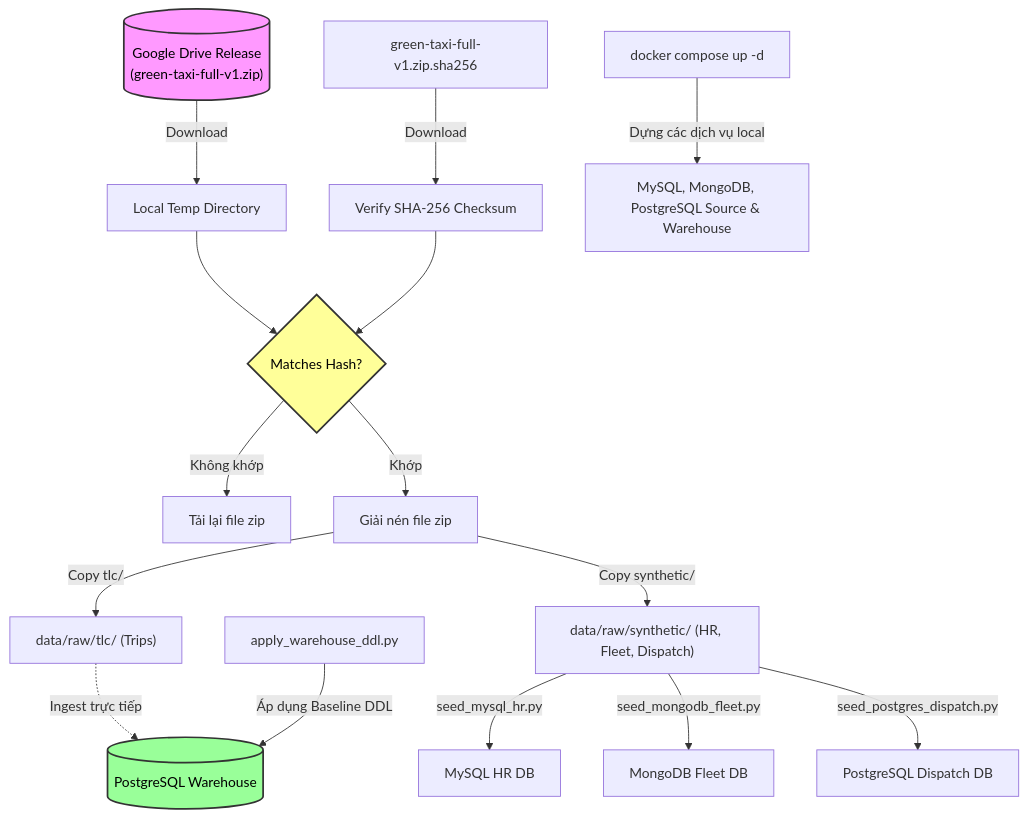
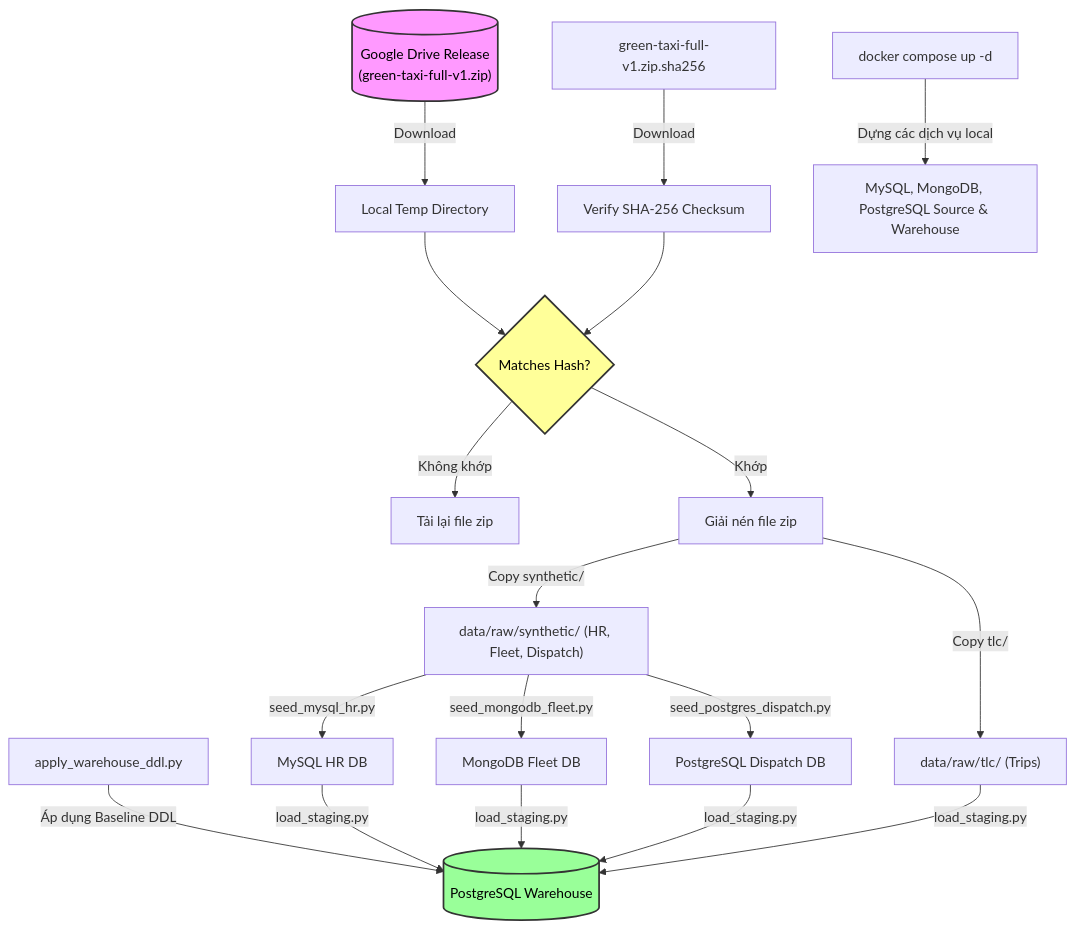
The diagram in docs/13-team-onboarding-and-data-setup.md (HuyVuCV1011/Green-taxi), drawn with Mermaid before and after one commit. The commit also changed other lines of this file and 17 other files, not shown here.

````diff
--- a/docs/13-team-onboarding-and-data-setup.md
+++ b/docs/13-team-onboarding-and-data-setup.md
@@ -38,33 +41,36 @@
 ```mermaid
 flowchart TD
     %% Tải dữ liệu
     GD[("Google Drive Release<br>(green-taxi-full-v1.zip)")] -->|Download| LocalZip["Local Temp Directory"]
     SHA["green-taxi-full-v1.zip.sha256"] -->|Download| LocalSHA["Verify SHA-256 Checksum"]
 
     LocalZip --> Verify{Matches Hash?}
     LocalSHA --> Verify
 
     Verify -->|"Không khớp"| ReDownload["Tải lại file zip"]
     Verify -->|"Khớp"| Extract["Giải nén file zip"]
 
     %% Phân phối tệp thô
     Extract -->|Copy tlc/| TLC_Folder["data/raw/tlc/ (Trips)"]
     Extract -->|Copy synthetic/| SYN_Folder["data/raw/synthetic/ (HR, Fleet, Dispatch)"]
 
     %% Docker
     Docker["docker compose up -d"] -->|Dựng các dịch vụ local| Services["MySQL, MongoDB, PostgreSQL Source & Warehouse"]
 
     %% Seeding
-    TLC_Folder -.->|"Ingest trực tiếp"| DWH
     SYN_Folder -->|seed_mysql_hr.py| MySQL["MySQL HR DB"]
     SYN_Folder -->|seed_mongodb_fleet.py| MongoDB["MongoDB Fleet DB"]
     SYN_Folder -->|seed_postgres_dispatch.py| PG_Src["PostgreSQL Dispatch DB"]
 
     %% Warehouse DDL
     DWH_DDL["apply_warehouse_ddl.py"] -->|Áp dụng Baseline DDL| DWH[("PostgreSQL Warehouse")]
+    MySQL -->|load_staging.py| DWH
+    MongoDB -->|load_staging.py| DWH
+    PG_Src -->|load_staging.py| DWH
+    TLC_Folder -->|load_staging.py| DWH
 
     %% Style
     style GD fill:#f9f,stroke:#333,stroke-width:2px,color:#000
     style Verify fill:#ff9,stroke:#333,stroke-width:2px,color:#000
     style DWH fill:#9f9,stroke:#333,stroke-width:2px,color:#000
 ```
````
